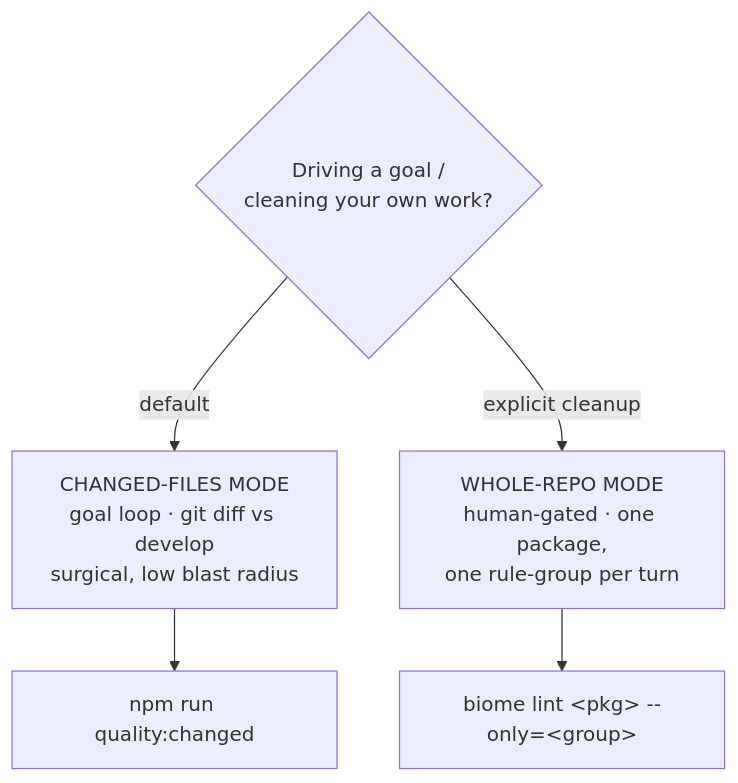
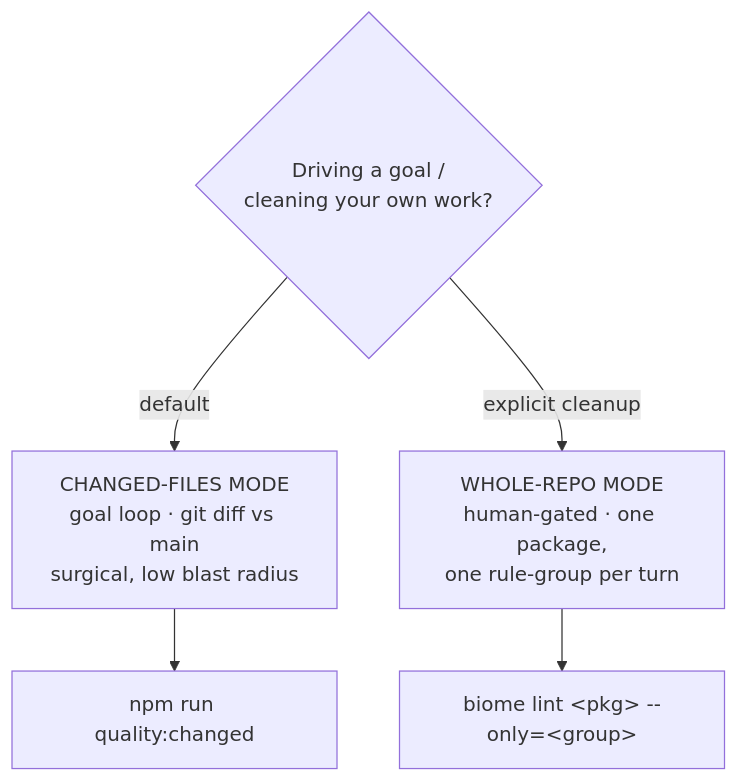
The diagram in .pi/skills/code-quality/SKILL.md (ZGEnergy/omp-dashboard), drawn with Mermaid before and after one commit. The commit also changed other lines of this file and 8 other files, not shown here.

````diff
--- a/.pi/skills/code-quality/SKILL.md
+++ b/.pi/skills/code-quality/SKILL.md
@@ -13,8 +13,8 @@
 ```mermaid
 flowchart TD
     Q{Driving a goal /<br/>cleaning your own work?}
-    Q -->|default| C[CHANGED-FILES MODE<br/>goal loop · git diff vs develop<br/>surgical, low blast radius]
+    Q -->|default| C[CHANGED-FILES MODE<br/>goal loop · git diff vs main<br/>surgical, low blast radius]
     Q -->|explicit cleanup| W[WHOLE-REPO MODE<br/>human-gated · one package,<br/>one rule-group per turn]
     C --> CC[npm run quality:changed]
     W --> WW["biome lint &lt;pkg&gt; --only=&lt;group&gt;"]
 ```
````
